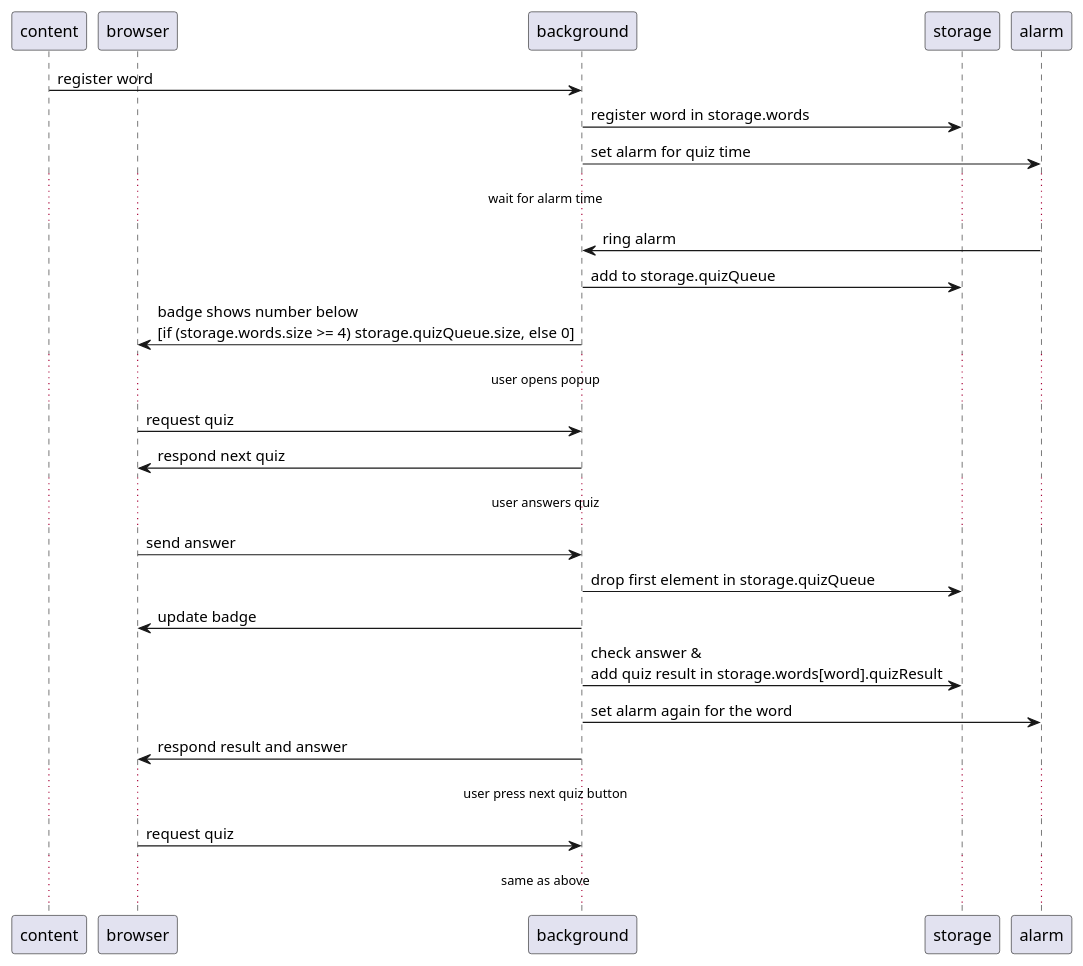
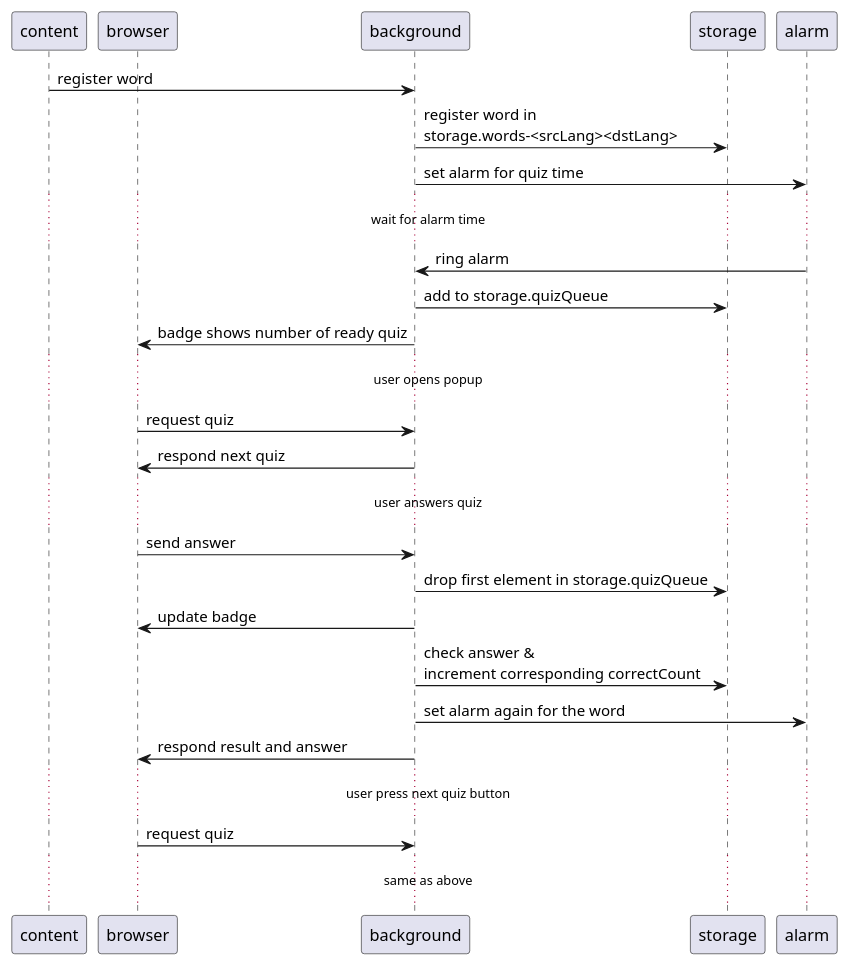
The diagram in background/sequence.puml (konohiroaki/quiz-for-autogenerated-vocabulary-list), drawn with PlantUML before and after one commit. The commit also changed 5 other files, not shown here.

```diff
--- a/background/sequence.puml
+++ b/background/sequence.puml
@@ -1,28 +1,28 @@
 @startuml
 participant content
 participant browser
 participant background
 participant storage
 participant alarm
 
 content->background: register word
-background->storage: register word in storage.words
+background->storage: register word in \nstorage.words-<srcLang><dstLang>
 background->alarm: set alarm for quiz time
 ...wait for alarm time...
 alarm-> background: ring alarm
 background->storage: add to storage.quizQueue
-background->browser: badge shows number below\n[if (storage.words.size >= 4) storage.quizQueue.size, else 0]
+background->browser: badge shows number of ready quiz
 ...user opens popup...
 browser->background: request quiz
 background->browser: respond next quiz
 ...user answers quiz...
 browser->background: send answer
 background->storage: drop first element in storage.quizQueue
 background->browser: update badge
-background->storage: check answer &\nadd quiz result in storage.words[word].quizResult
+background->storage: check answer &\nincrement corresponding correctCount
 background->alarm: set alarm again for the word
 background->browser: respond result and answer
 ...user press next quiz button...
 browser->background: request quiz
 ...same as above...
 @enduml
```
